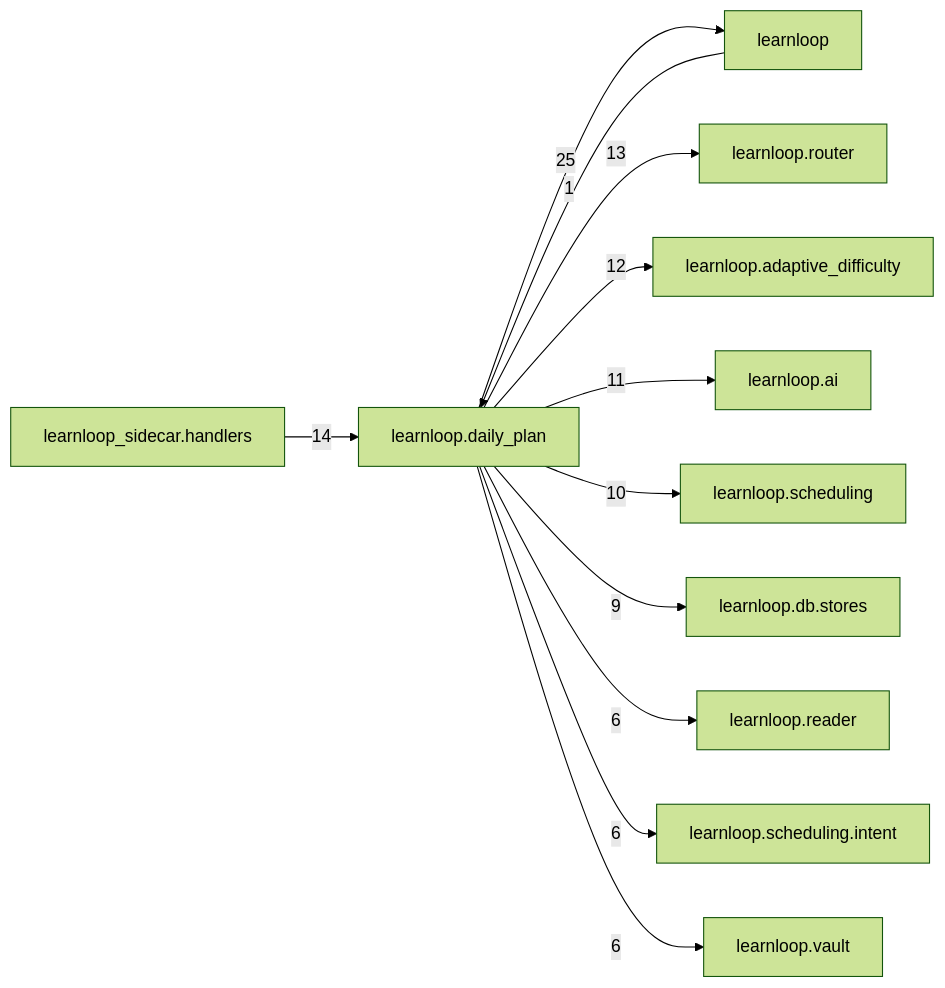
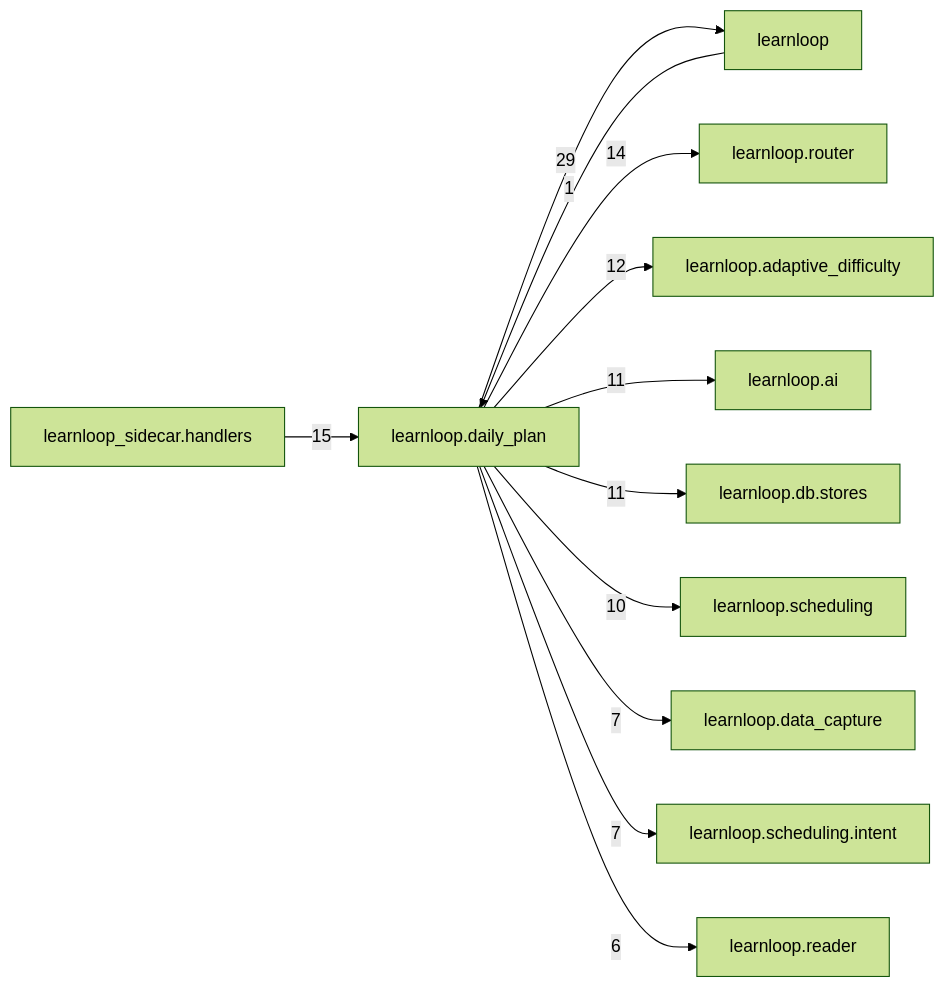
One commit to 6up-b/learnanything changed the diagram in docs/learnloop-architecture-vault/Reference/Modules/learnloop/daily_plan/_package.md. Above: the diagram before and after it, drawn with Mermaid (forest theme). The commit also changed other lines of this file and 590 other files, not shown here.

Commit message:
Data capture landing: references regenerated at migration 240 (db reference 379 table notes, errors []; desktop 317 TS and 6 Rust notes; module catalog 1172 notes and 64 package maps, with learnloop.data_capture described; vault validation passes)

````diff
--- a/docs/learnloop-architecture-vault/Reference/Modules/learnloop/daily_plan/_package.md
+++ b/docs/learnloop-architecture-vault/Reference/Modules/learnloop/daily_plan/_package.md
@@ -144,25 +147,25 @@
 ```mermaid
 flowchart LR
     center["learnloop.daily_plan"]
     n_learnloop["learnloop"]
     n_learnloop_sidecar_handlers["learnloop_sidecar.handlers"]
     n_learnloop_router["learnloop.router"]
     n_learnloop_adaptive_difficulty["learnloop.adaptive_difficulty"]
     n_learnloop_ai["learnloop.ai"]
+    n_learnloop_db_stores["learnloop.db.stores"]
     n_learnloop_scheduling["learnloop.scheduling"]
-    n_learnloop_db_stores["learnloop.db.stores"]
+    n_learnloop_data_capture["learnloop.data_capture"]
+    n_learnloop_scheduling_intent["learnloop.scheduling.intent"]
     n_learnloop_reader["learnloop.reader"]
-    n_learnloop_scheduling_intent["learnloop.scheduling.intent"]
-    n_learnloop_vault["learnloop.vault"]
     n_learnloop -->|1| center
-    center -->|25| n_learnloop
-    n_learnloop_sidecar_handlers -->|14| center
-    center -->|13| n_learnloop_router
+    center -->|29| n_learnloop
+    n_learnloop_sidecar_handlers -->|15| center
+    center -->|14| n_learnloop_router
     center -->|12| n_learnloop_adaptive_difficulty
     center -->|11| n_learnloop_ai
+    center -->|11| n_learnloop_db_stores
     center -->|10| n_learnloop_scheduling
-    center -->|9| n_learnloop_db_stores
+    center -->|7| n_learnloop_data_capture
+    center -->|7| n_learnloop_scheduling_intent
     center -->|6| n_learnloop_reader
-    center -->|6| n_learnloop_scheduling_intent
-    center -->|6| n_learnloop_vault
 ```
````
